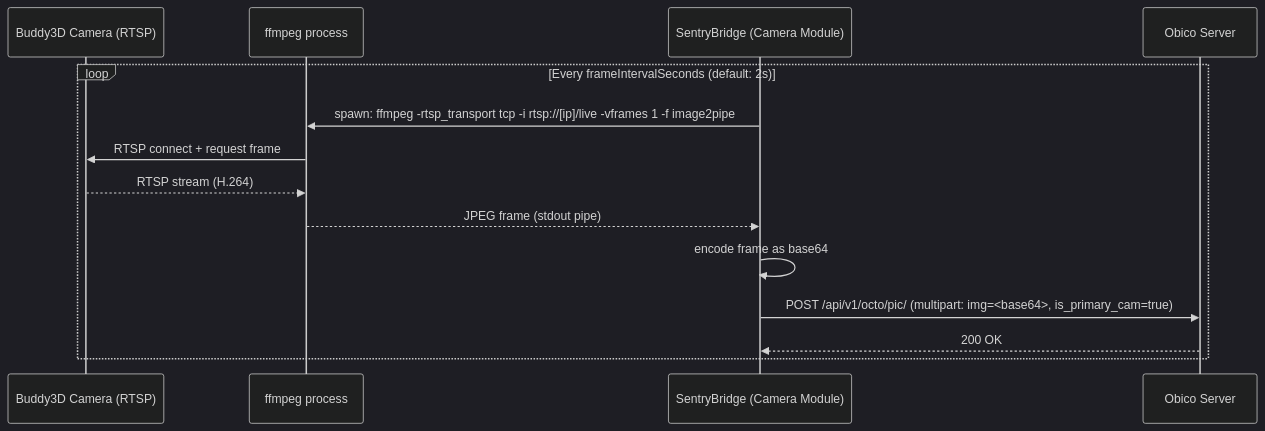
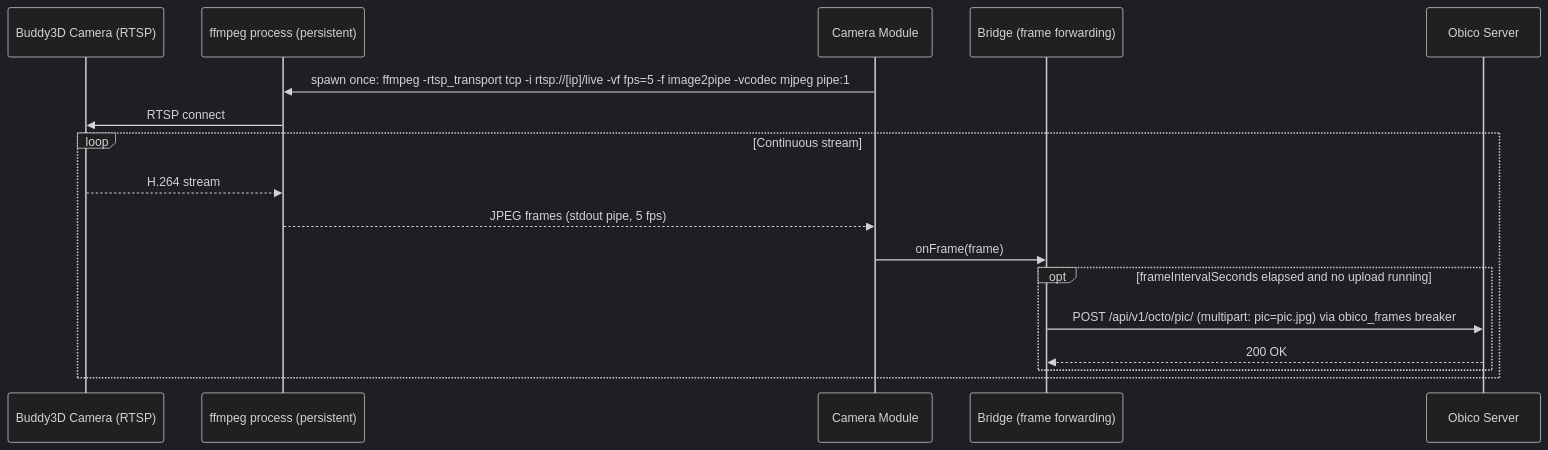
One commit to reneleban/sentry-bridge changed the second of 9 diagrams in docs/architecture/06_runtime_view/README.md. Above: the diagram before and after it, drawn with Mermaid (dark theme). The commit also changed other lines of this file and 17 other files, not shown here.

````diff
--- a/docs/architecture/06_runtime_view/README.md
+++ b/docs/architecture/06_runtime_view/README.md
@@ -33,17 +33,20 @@
 ```mermaid
 sequenceDiagram
     participant Printer as Buddy3D Camera (RTSP)
-    participant ffmpeg as ffmpeg process
-    participant Bridge as SentryBridge (Camera Module)
+    participant ffmpeg as ffmpeg process (persistent)
+    participant Camera as Camera Module
+    participant Bridge as Bridge (frame forwarding)
     participant Obico as Obico Server
 
-    loop Every frameIntervalSeconds (default: 2s)
-        Bridge->>ffmpeg: spawn: ffmpeg -rtsp_transport tcp -i rtsp://[ip]/live -vframes 1 -f image2pipe
-        ffmpeg->>Printer: RTSP connect + request frame
-        Printer-->>ffmpeg: RTSP stream (H.264)
-        ffmpeg-->>Bridge: JPEG frame (stdout pipe)
-        Bridge->>Bridge: encode frame as base64
-        Bridge->>Obico: POST /api/v1/octo/pic/ (multipart: img=<base64>, is_primary_cam=true)
-        Obico-->>Bridge: 200 OK
+    Camera->>ffmpeg: spawn once: ffmpeg -rtsp_transport tcp -i rtsp://[ip]/live -vf fps=5 -f image2pipe -vcodec mjpeg pipe:1
+    ffmpeg->>Printer: RTSP connect
+    loop Continuous stream
+        Printer-->>ffmpeg: H.264 stream
+        ffmpeg-->>Camera: JPEG frames (stdout pipe, 5 fps)
+        Camera->>Bridge: onFrame(frame)
+        opt frameIntervalSeconds elapsed and no upload running
+            Bridge->>Obico: POST /api/v1/octo/pic/ (multipart: pic=pic.jpg) via obico_frames breaker
+            Obico-->>Bridge: 200 OK
+        end
     end
 ```
````
